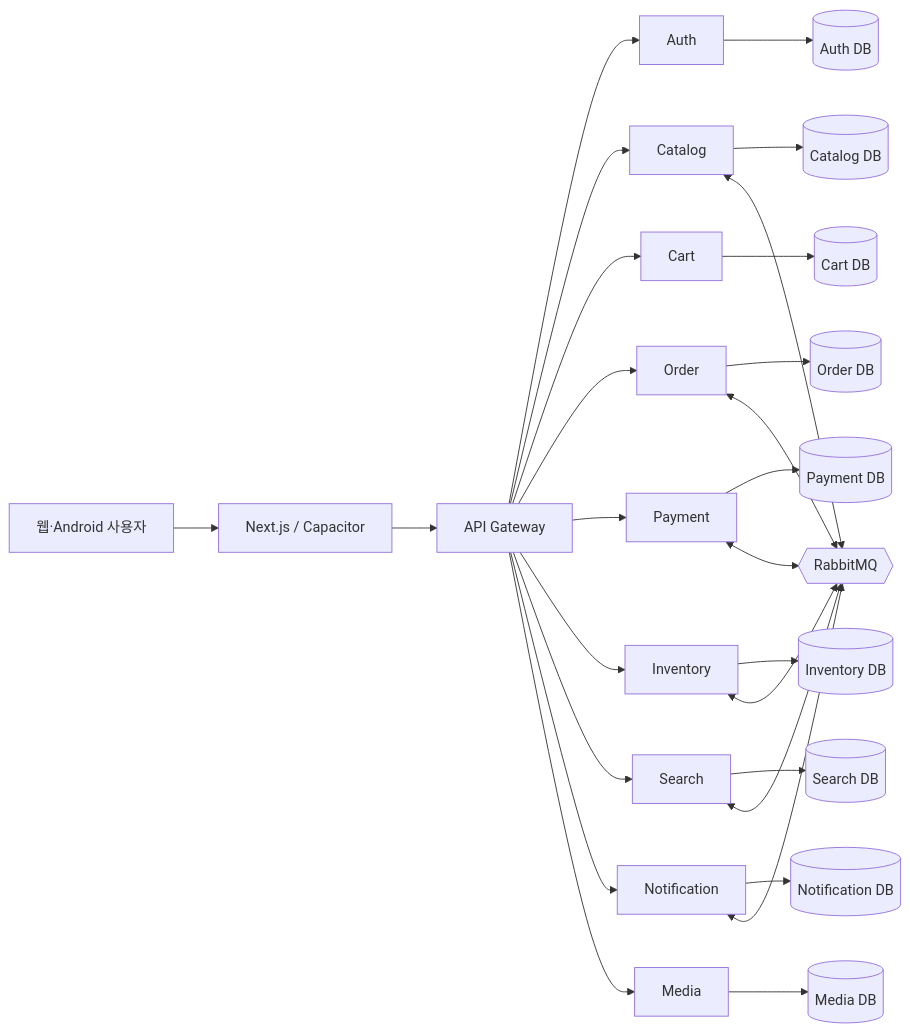
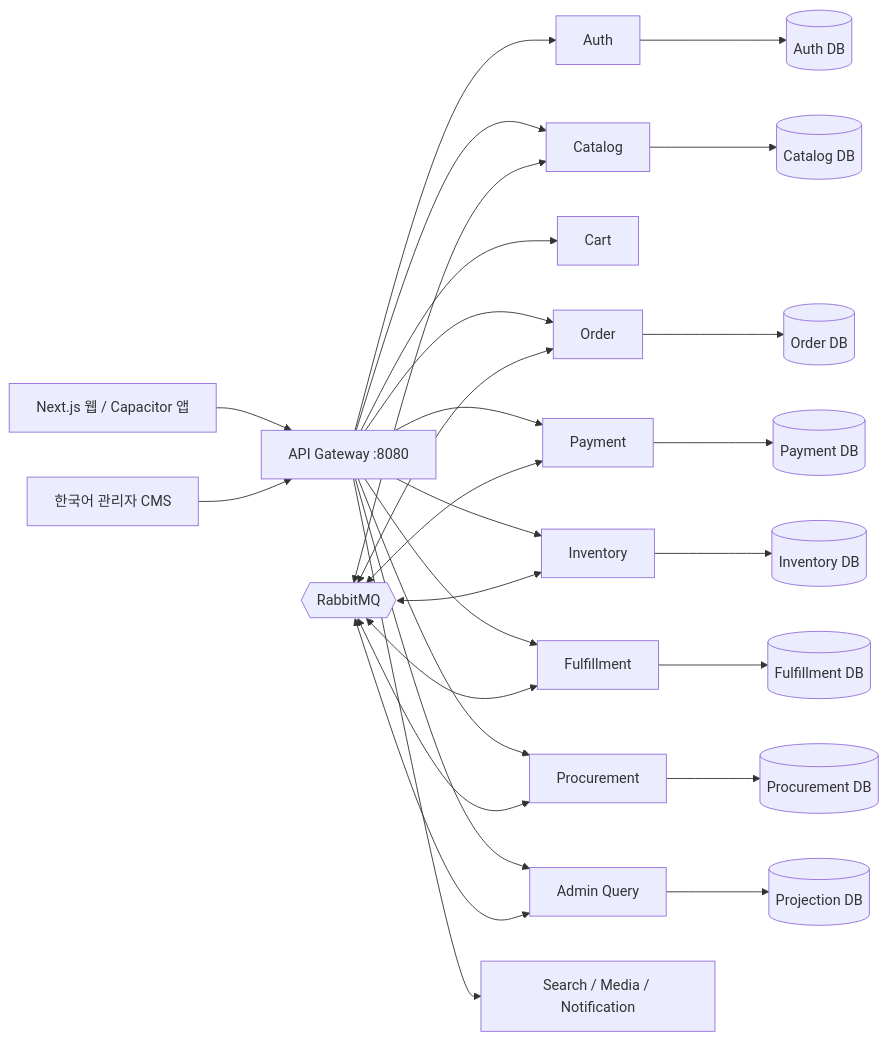
Before and after one commit to lulupang2/ecommerce: the first of 2 diagrams in docs/ARCHITECTURE.md, drawn with Mermaid. The commit also changed other lines of this file and 39 other files, not shown here.

````diff
--- a/docs/ARCHITECTURE.md
+++ b/docs/ARCHITECTURE.md
@@ -5,29 +5,30 @@
 ```mermaid
 flowchart LR
-  U[웹·Android 사용자] --> W[Next.js / Capacitor]
-  W --> G[API Gateway]
-  G --> A[Auth]
-  G --> C[Catalog]
-  G --> CA[Cart]
-  G --> O[Order]
-  G --> P[Payment]
-  G --> I[Inventory]
-  G --> S[Search]
-  G --> N[Notification]
-  G --> M[Media]
-  A --> ADB[(Auth DB)]
-  C --> CDB[(Catalog DB)]
-  CA --> CADB[(Cart DB)]
-  O --> ODB[(Order DB)]
-  P --> PDB[(Payment DB)]
-  I --> IDB[(Inventory DB)]
-  S --> SDB[(Search DB)]
-  N --> NDB[(Notification DB)]
-  M --> MDB[(Media DB)]
-  O <--> R{{RabbitMQ}}
-  P <--> R
-  I <--> R
-  N <--> R
-  C <--> R
-  S <--> R
+  Client["Next.js 웹 / Capacitor 앱"] --> Gateway["API Gateway :8080"]
+  AdminUI["한국어 관리자 CMS"] --> Gateway
+  Gateway --> Auth
+  Gateway --> Catalog
+  Gateway --> Cart
+  Gateway --> Order
+  Gateway --> Payment
+  Gateway --> Inventory
+  Gateway --> Fulfillment
+  Gateway --> Procurement
+  Gateway --> Admin["Admin Query"]
+  Gateway --> Support["Search / Media / Notification"]
+  Bus{{RabbitMQ}} <--> Catalog
+  Bus <--> Order
+  Bus <--> Payment
+  Bus <--> Inventory
+  Bus <--> Fulfillment
+  Bus <--> Procurement
+  Bus <--> Admin
+  Auth --> AuthDB[(Auth DB)]
+  Catalog --> CatalogDB[(Catalog DB)]
+  Order --> OrderDB[(Order DB)]
+  Payment --> PaymentDB[(Payment DB)]
+  Inventory --> InventoryDB[(Inventory DB)]
+  Fulfillment --> FulfillmentDB[(Fulfillment DB)]
+  Procurement --> ProcurementDB[(Procurement DB)]
+  Admin --> AdminDB[(Projection DB)]
 ```
````
